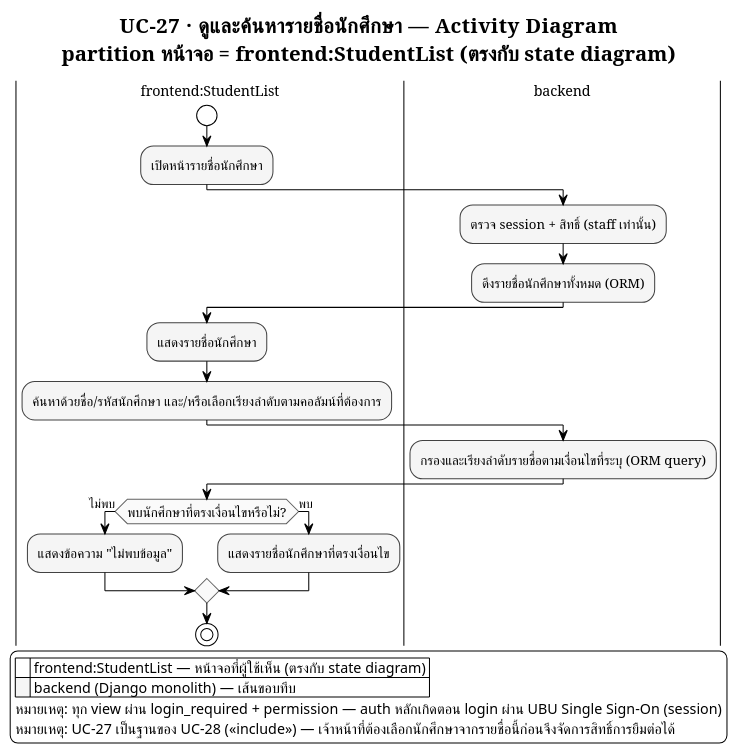
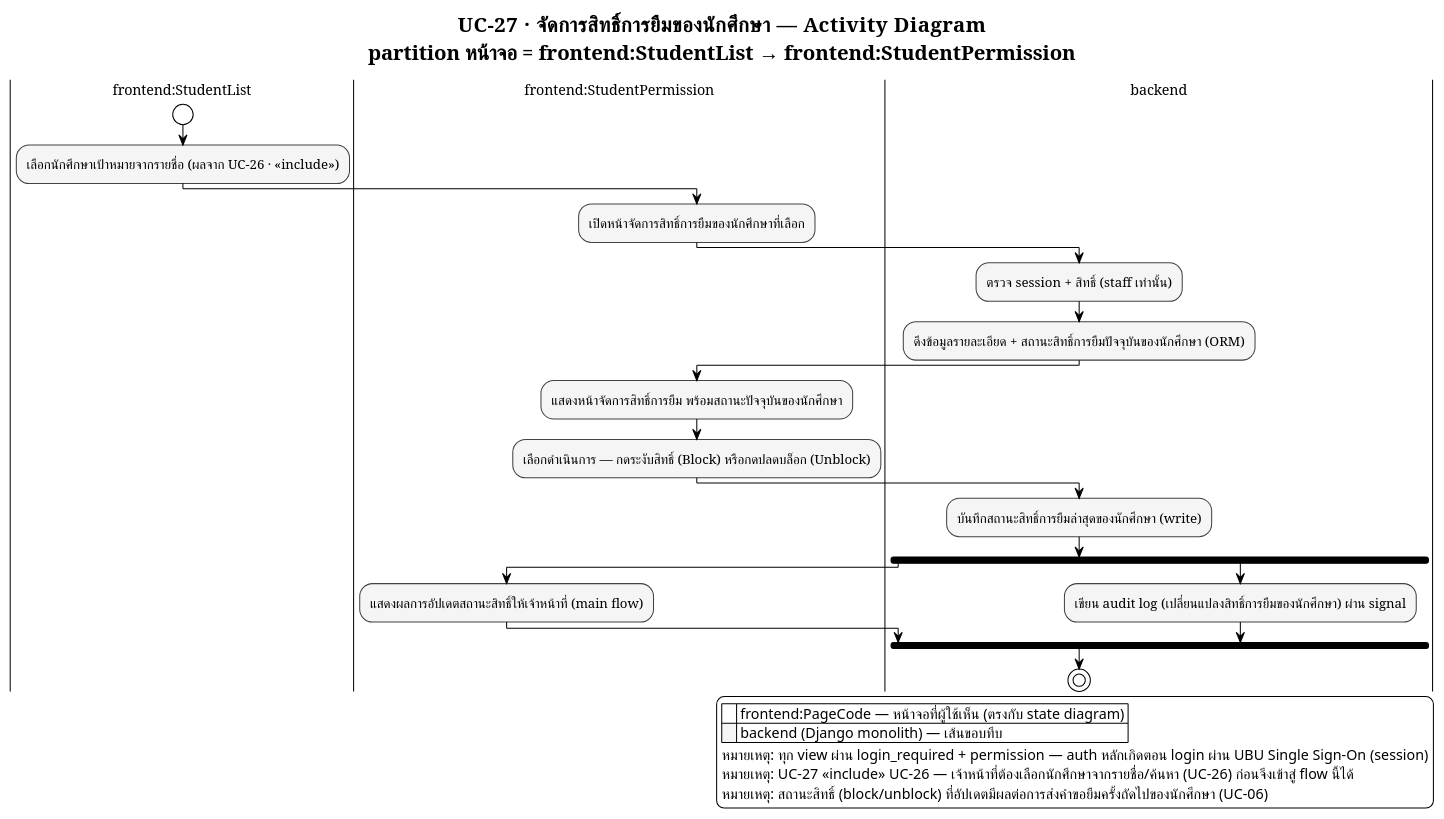
One commit to patlnwza-007/project-2569 changed the diagram in docs/proposal/usecase/activity_module8_uc27.puml. Above: the diagram before and after it, drawn with PlantUML. The commit also changed 176 other files, not shown here.

```diff
--- a/docs/proposal/usecase/activity_module8_uc27.puml
+++ b/docs/proposal/usecase/activity_module8_uc27.puml
@@ -1,76 +1,82 @@
 @startuml activity_module8_uc27
 ' ══════════════════════════════════════════════════════════════════
 ' รองรับภาษาไทย — อ่านก่อน render:
 ' 1. บันทึกไฟล์นี้เป็น UTF-8 (ไม่ต้องมี BOM) เสมอ
 ' 2. ถ้า render ผ่าน CLI (plantuml.jar) ต้องระบุ flag encoding ด้วย:
-'      java -Dfile.encoding=UTF-8 -jar plantuml.jar -charset UTF-8 activity_staff_student_view_search_student_list.puml
+'      java -Dfile.encoding=UTF-8 -jar plantuml.jar -charset UTF-8 activity_staff_student_manage_student_borrow_permission.puml
 ' 3. บังคับใช้ Smetana (pure-Java layout engine) แทน Graphviz/dot
 '    เพราะ Graphviz บางระบบ (โดยเฉพาะ Windows) อ่าน UTF-8 ไม่ตรง ทำให้ตัวอักษรไทยเพี้ยน/หาย
 !pragma layout smetana
 ' 4. ฟอนต์ที่มีสระ/วรรณยุกต์ไทยครบและ render ผ่าน Java ได้เสถียร
 '    - Windows: "TH Sarabun New" (ฟอนต์มาตรฐานราชการ) หรือ "Tahoma" (มากับเครื่องอยู่แล้ว)
 '    - Linux / PlantUML online server: เปลี่ยนเป็น "Noto Sans Thai" หรือ "Loma"
 skinparam defaultFontName "TH Sarabun New"
 skinparam defaultFontSize 14
 ' ══════════════════════════════════════════════════════════════════
 
 !theme plain
 skinparam titleFontName "TH Sarabun New"
 skinparam titleFontSize 20
 skinparam noteFontName "TH Sarabun New"
 skinparam ArrowFontName "TH Sarabun New"
 skinparam ArrowFontSize 12
 skinparam swimlaneTitleFontName "TH Sarabun New"
 skinparam swimlaneTitleFontSize 14
 
 ' ===== Monochrome เท่านั้น — ห้ามให้แต่ละ partition มีสีต่างกัน =====
 skinparam activity {
   BackgroundColor #F5F5F5
   BorderColor #424242
   FontName "TH Sarabun New"
   FontSize 13
   DiamondBackgroundColor #FAFAFA
   DiamondBorderColor #616161
 }
 skinparam partition {
   BackgroundColor #FAFAFA
   BorderColor #424242
 }
 
-title UC-27 · ดูและค้นหารายชื่อนักศึกษา — Activity Diagram\npartition หน้าจอ = frontend:StudentList (ตรงกับ state diagram)
+title UC-27 · จัดการสิทธิ์การยืมของนักศึกษา — Activity Diagram\npartition หน้าจอ = frontend:StudentList → frontend:StudentPermission
 
 ' หมายเหตุ: สมมติว่าเจ้าหน้าที่ login แล้ว (session) — ไม่ต้องวาด OAuth/SSO ซ้ำใน flow นี้
-' หมายเหตุ: UC นี้ถูก <<include>> โดย UC-28 (จัดการสิทธิ์การยืมของนักศึกษา) — ต้องค้นหา/เลือกนักศึกษาจากที่นี่ก่อน จึงจะไปจัดการสิทธิ์ต่อได้
+' หมายเหตุ: UC นี้ <<include>> UC-26 (ดูและค้นหารายชื่อนักศึกษา) — ขั้นตอนแรก "เลือกนักศึกษาจากรายชื่อ" คือผลของ UC-26
+' จึงแสดงเป็นกิจกรรมปกติขั้นตอนแรกในไดอะแกรมนี้ ไม่ต้องวาดไดอะแกรมของ UC-26 ซ้ำ
 
 |frontend:StudentList|
 start
-:เปิดหน้ารายชื่อนักศึกษา;
+:เลือกนักศึกษาเป้าหมายจากรายชื่อ (ผลจาก UC-26 · <<include>>);
+
+|frontend:StudentPermission|
+:เปิดหน้าจัดการสิทธิ์การยืมของนักศึกษาที่เลือก;
 
 |backend|
 :ตรวจ session + สิทธิ์ (staff เท่านั้น);
-:ดึงรายชื่อนักศึกษาทั้งหมด (ORM);
+:ดึงข้อมูลรายละเอียด + สถานะสิทธิ์การยืมปัจจุบันของนักศึกษา (ORM);
 
-|frontend:StudentList|
-:แสดงรายชื่อนักศึกษา;
-:ค้นหาด้วยชื่อ/รหัสนักศึกษา และ/หรือเลือกเรียงลำดับตามคอลัมน์ที่ต้องการ;
+|frontend:StudentPermission|
+:แสดงหน้าจัดการสิทธิ์การยืม พร้อมสถานะปัจจุบันของนักศึกษา;
+:เลือกดำเนินการ — กดระงับสิทธิ์ (Block) หรือกดปลดบล็อก (Unblock);
 
 |backend|
-:กรองและเรียงลำดับรายชื่อตามเงื่อนไขที่ระบุ (ORM query);
+:บันทึกสถานะสิทธิ์การยืมล่าสุดของนักศึกษา (write);
 
-|frontend:StudentList|
-if (พบนักศึกษาที่ตรงเงื่อนไขหรือไม่?) then (ไม่พบ)
-  :แสดงข้อความ "ไม่พบข้อมูล";
-else (พบ)
-  :แสดงรายชื่อนักศึกษาที่ตรงเงื่อนไข;
-endif
+fork
+  |frontend:StudentPermission|
+  :แสดงผลการอัปเดตสถานะสิทธิ์ให้เจ้าหน้าที่ (main flow);
+fork again
+  |backend|
+  :เขียน audit log (เปลี่ยนแปลงสิทธิ์การยืมของนักศึกษา) ผ่าน signal;
+end fork
 
 stop
 
 legend right
-  |<back:white>    </back>| frontend:StudentList — หน้าจอที่ผู้ใช้เห็น (ตรงกับ state diagram) |
+  |<back:white>    </back>| frontend:PageCode — หน้าจอที่ผู้ใช้เห็น (ตรงกับ state diagram) |
   |<back:#F5F5F5>    </back>| backend (Django monolith) — เส้นขอบทึบ |
   หมายเหตุ: ทุก view ผ่าน login_required + permission — auth หลักเกิดตอน login ผ่าน UBU Single Sign-On (session)
-  หมายเหตุ: UC-27 เป็นฐานของ UC-28 (<<include>>) — เจ้าหน้าที่ต้องเลือกนักศึกษาจากรายชื่อนี้ก่อนจึงจัดการสิทธิ์การยืมต่อได้
+  หมายเหตุ: UC-27 <<include>> UC-26 — เจ้าหน้าที่ต้องเลือกนักศึกษาจากรายชื่อ/ค้นหา (UC-26) ก่อนจึงเข้าสู่ flow นี้ได้
+  หมายเหตุ: สถานะสิทธิ์ (block/unblock) ที่อัปเดตมีผลต่อการส่งคำขอยืมครั้งถัดไปของนักศึกษา (UC-06)
 endlegend
 
 @enduml
```
